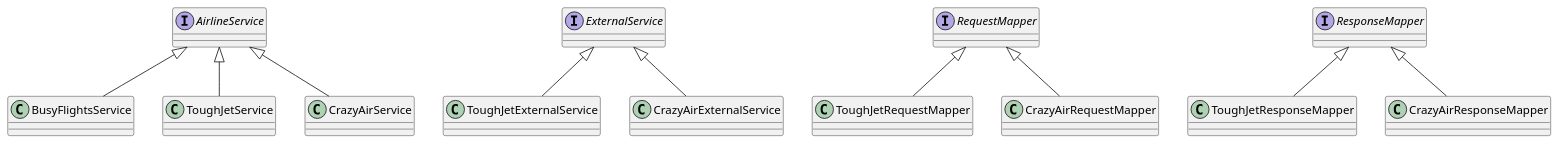
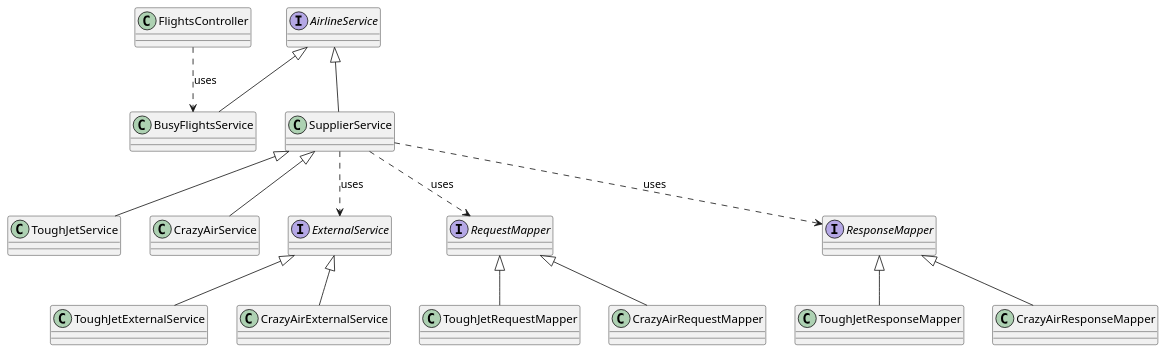
The diagram in class.puml (galileoorion/flights), drawn with PlantUML before and after one commit. The commit also changed 7 other files, not shown here.

Commit message:
Update diagrams

```diff
--- a/class.puml
+++ b/class.puml
@@ -1,33 +1,43 @@
 @startuml
 
+class FlightsController
+class BusyFlightsService
+FlightsController ..> BusyFlightsService: uses
+
 interface AirlineService
-class BusyFlightsService
+class SupplierService
 class ToughJetService
 class CrazyAirService
 
 AirlineService <|-- BusyFlightsService
-AirlineService <|-- ToughJetService
-AirlineService <|-- CrazyAirService
+AirlineService <|-- SupplierService
+SupplierService <|-- ToughJetService
+SupplierService <|-- CrazyAirService
 
 interface ExternalService
 class ToughJetExternalService
 class CrazyAirExternalService
 
 ExternalService <|-- ToughJetExternalService
 ExternalService <|-- CrazyAirExternalService
 
 interface RequestMapper
 class ToughJetRequestMapper
 class CrazyAirRequestMapper
 
 RequestMapper <|-- ToughJetRequestMapper
 RequestMapper <|-- CrazyAirRequestMapper
 
 interface ResponseMapper
 class ToughJetResponseMapper
 class CrazyAirResponseMapper
 
 ResponseMapper <|-- ToughJetResponseMapper
 ResponseMapper <|-- CrazyAirResponseMapper
 
+
+SupplierService ..> RequestMapper: uses
+SupplierService ..> ExternalService: uses
+SupplierService ..> ResponseMapper: uses
+
 @enduml
```
